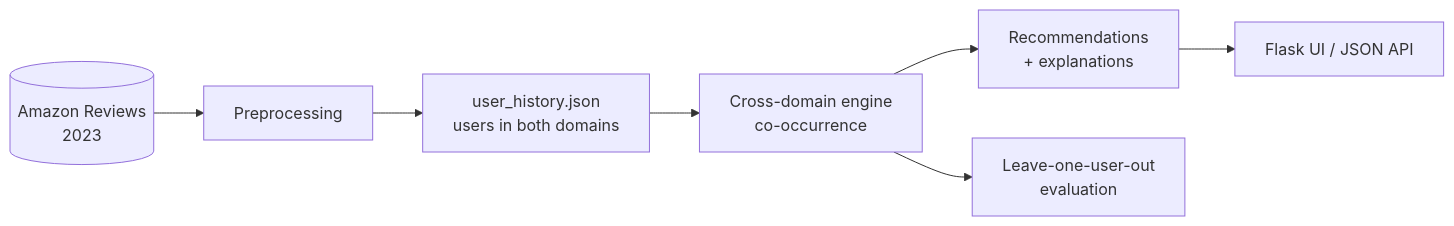
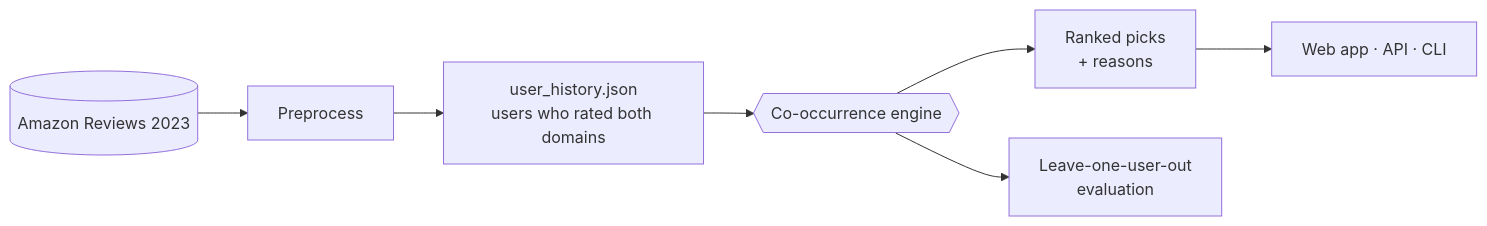
Before and after one commit to ThanigaiSingaravelan/llamarec-crossdomain: the diagram in README.md, drawn with Mermaid. The commit also changed other lines of this file and 3 other files, not shown here.

````diff
--- a/README.md
+++ b/README.md
@@ -69,9 +78,9 @@
 ```mermaid
 flowchart LR
-    A[(Amazon Reviews<br>2023)] --> B[Preprocessing]
-    B --> C[user_history.json<br>users in both domains]
-    C --> D[Cross-domain engine<br>co-occurrence]
-    D --> E[Recommendations<br>+ explanations]
-    E --> F[Flask UI / JSON API]
-    D --> G[Leave-one-user-out<br>evaluation]
+    A[(Amazon Reviews 2023)] --> B[Preprocess]
+    B --> C[user_history.json<br/>users who rated both domains]
+    C --> D{{Co-occurrence engine}}
+    D --> E[Ranked picks<br/>+ reasons]
+    E --> F[Web app · API · CLI]
+    D --> G[Leave-one-user-out<br/>evaluation]
 ```
````
